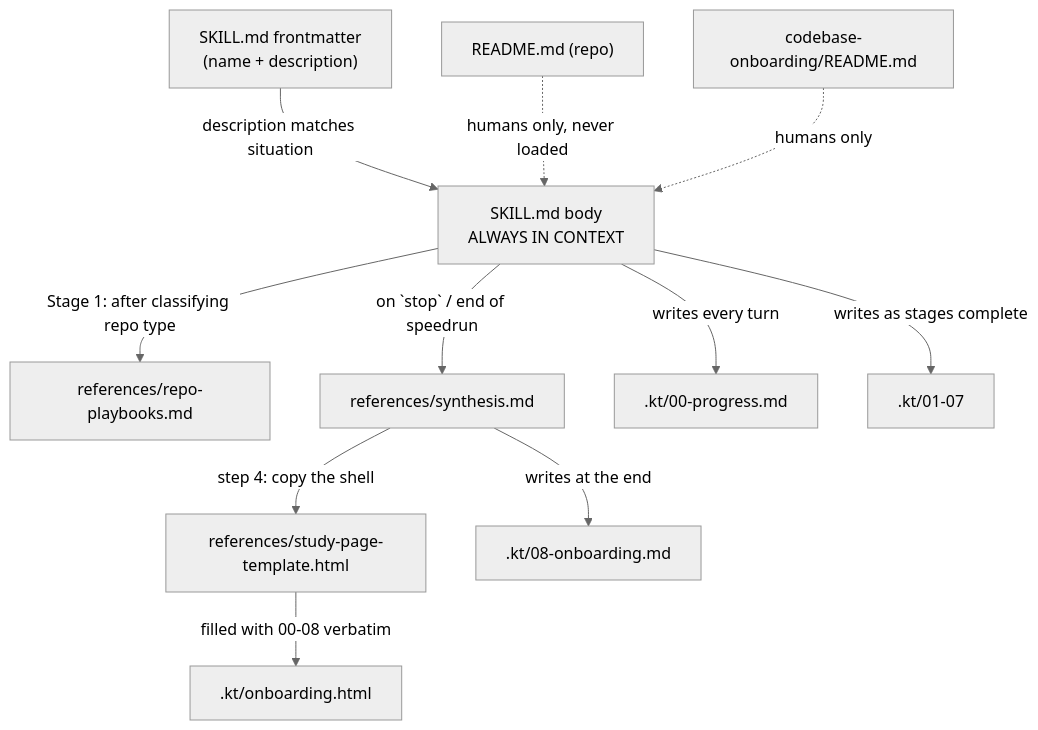
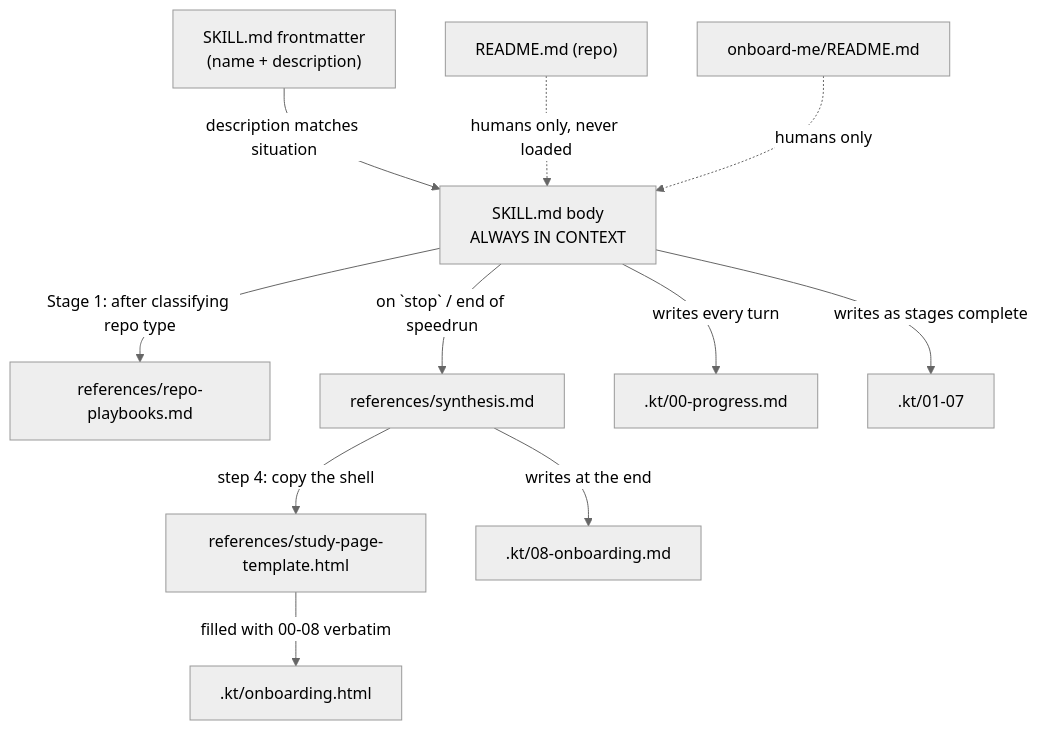
One commit to nitfolio/nirvajna-skills changed the diagram in .kt/02-architecture.md. Above: the diagram before and after it, drawn with Mermaid (neutral theme). The commit also changed other lines of this file and 14 other files, not shown here.

First line of the commit message:
Rename the codebase-onboarding skill to onboard-me

````diff
--- a/.kt/02-architecture.md
+++ b/.kt/02-architecture.md
@@ -35,13 +35,13 @@
 ```mermaid
 graph TD
     FM["SKILL.md frontmatter<br/>(name + description)"] -->|description matches situation| BODY["SKILL.md body<br/>ALWAYS IN CONTEXT"]
     BODY -->|"Stage 1: after classifying repo type"| PB["references/repo-playbooks.md"]
     BODY -->|"on `stop` / end of speedrun"| SYN["references/synthesis.md"]
     SYN -->|"step 4: copy the shell"| TPL["references/study-page-template.html"]
     BODY -->|writes every turn| KT[".kt/00-progress.md"]
     BODY -->|writes as stages complete| KT7[".kt/01-07"]
     SYN -->|writes at the end| KT8[".kt/08-onboarding.md"]
     TPL -->|filled with 00-08 verbatim| HTML[".kt/onboarding.html"]
     RM["README.md (repo)"] -.->|humans only, never loaded| BODY
-    SRM["codebase-onboarding/README.md"] -.->|humans only| BODY
+    SRM["onboard-me/README.md"] -.->|humans only| BODY
 ```
````
